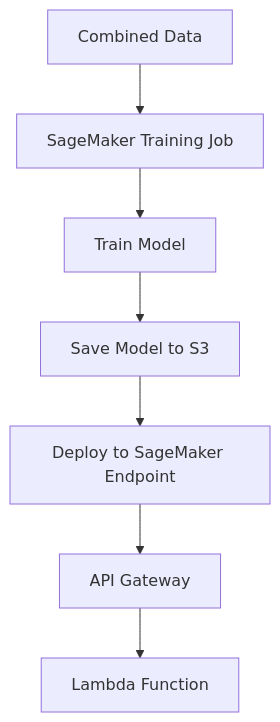
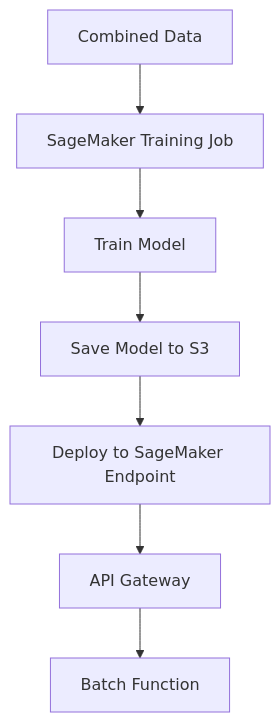
One commit to Leejoowon123/SKN_03_FINAL changed the fifth of 6 diagrams in model/DATAPIPELINE.md. Above: the diagram before and after it, drawn with Mermaid. The commit also changed other lines of this file, not shown here.

````diff
--- a/model/DATAPIPELINE.md
+++ b/model/DATAPIPELINE.md
@@ -69,9 +68,9 @@
 ```mermaid
 graph TD
     A[Combined Data] --> B[SageMaker Training Job]
     B --> C[Train Model]
     C --> D[Save Model to S3]
     D --> E[Deploy to SageMaker Endpoint]
     E --> F[API Gateway]
-    F --> G[Lambda Function]
+    F --> G[Batch Function]
 ```
````
